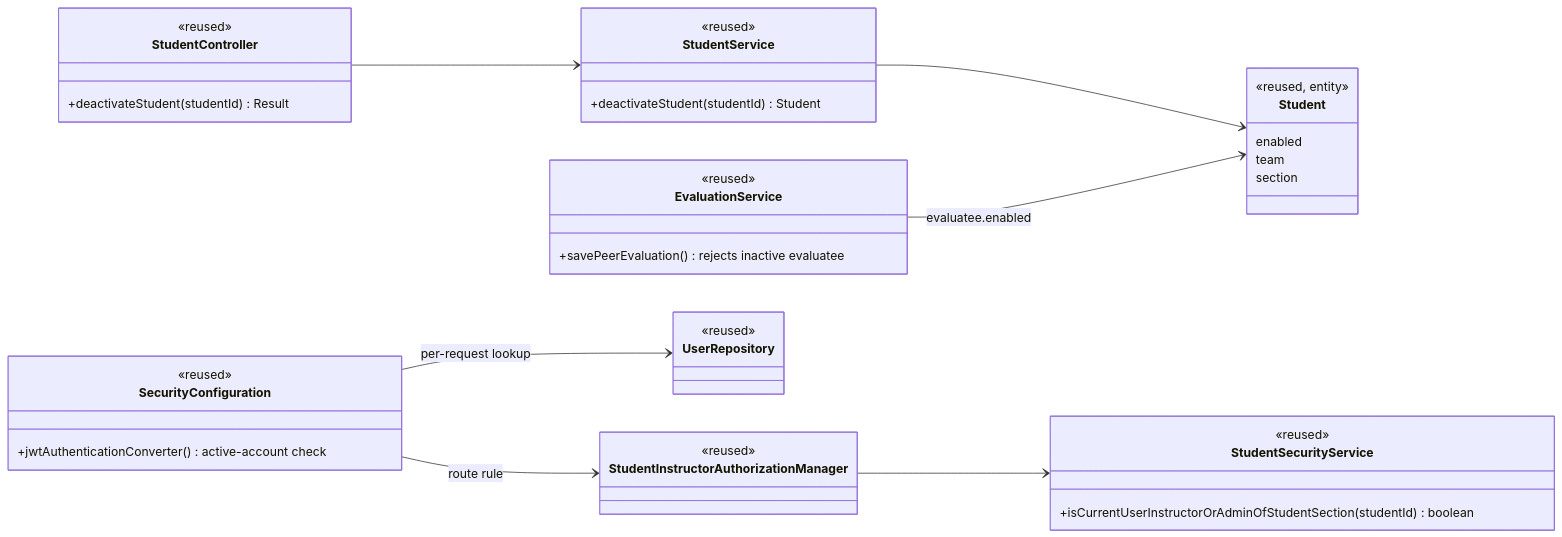
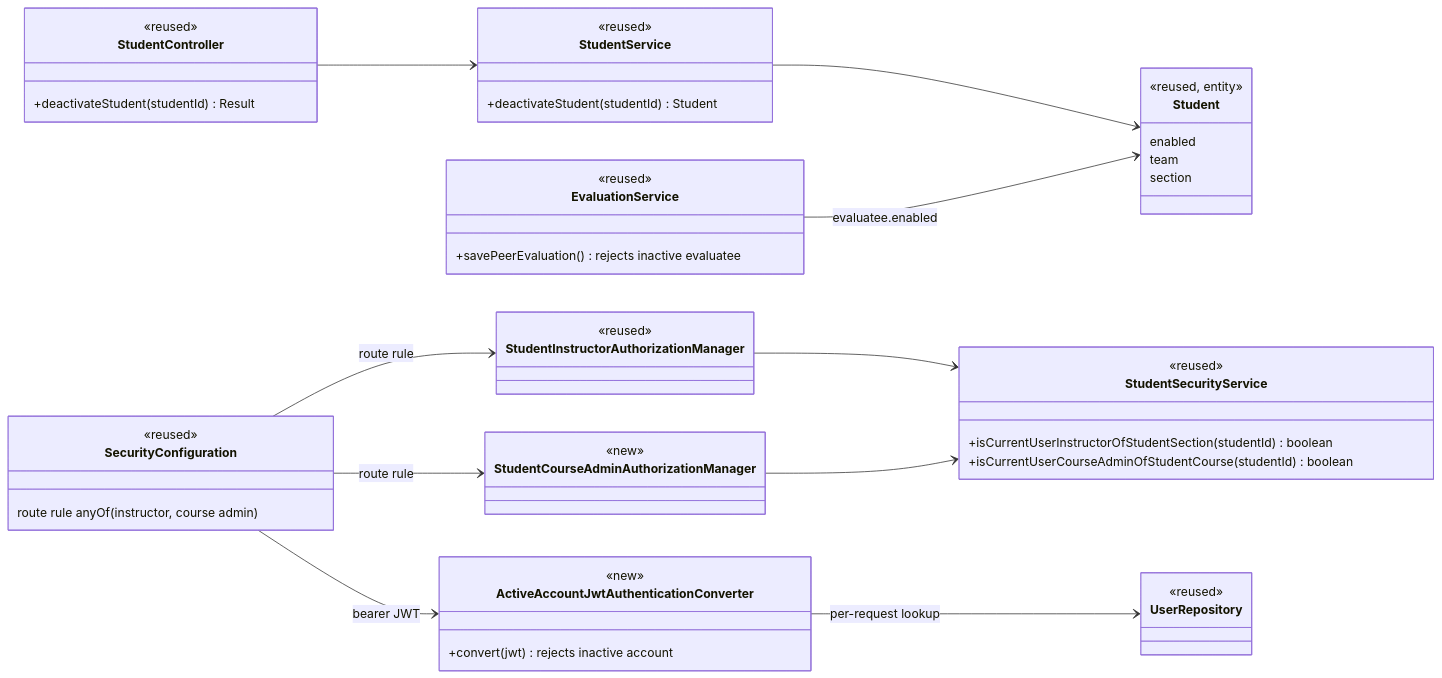
Before and after one commit to syrahomar/add-a-use-case: the first of 3 diagrams in docs/design/stu.md, drawn with Mermaid. The commit also changed other lines of this file and 2 other files, not shown here.

Commit message:
docs(stu): trace UC-STU-deactivate-student as built; design matches the code
traceability: Build Built, Verify Partial (the stubbed Cypress spec for 5a and
the page states is not yet run; the peer evaluation form filter is manual);
FR-SEC-active-account now Verified. stu.md: the class diagram and the who-may
decision name the two new classes (StudentCourseAdminAuthorizationManager,
ActiveAccountJwtAuthenticationConverter). architectural-design: the
authentication section records the per-request active-account check.

Refs UC-STU-deactivate-student

````diff
--- a/docs/design/stu.md
+++ b/docs/design/stu.md
@@ -16,42 +16,53 @@
 ```mermaid
 classDiagram
     direction LR
     class StudentController {
         <<reused>>
         +deactivateStudent(studentId) Result
     }
     class StudentService {
         <<reused>>
         +deactivateStudent(studentId) Student
     }
     class StudentSecurityService {
         <<reused>>
-        +isCurrentUserInstructorOrAdminOfStudentSection(studentId) boolean
+        +isCurrentUserInstructorOfStudentSection(studentId) boolean
+        +isCurrentUserCourseAdminOfStudentCourse(studentId) boolean
     }
     class StudentInstructorAuthorizationManager {
         <<reused>>
     }
+    class StudentCourseAdminAuthorizationManager {
+        <<new>>
+    }
     class SecurityConfiguration {
         <<reused>>
-        +jwtAuthenticationConverter() active-account check
+        route rule anyOf(instructor, course admin)
+    }
+    class ActiveAccountJwtAuthenticationConverter {
+        <<new>>
+        +convert(jwt) rejects inactive account
     }
     class UserRepository {
         <<reused>>
     }
     class EvaluationService {
         <<reused>>
         +savePeerEvaluation() rejects inactive evaluatee
     }
     class Student {
         <<reused, entity>>
         enabled
         team
         section
     }
     StudentController --> StudentService
     StudentService --> Student
     StudentInstructorAuthorizationManager --> StudentSecurityService
+    StudentCourseAdminAuthorizationManager --> StudentSecurityService
     SecurityConfiguration --> StudentInstructorAuthorizationManager : route rule
-    SecurityConfiguration --> UserRepository : per-request lookup
+    SecurityConfiguration --> StudentCourseAdminAuthorizationManager : route rule
+    SecurityConfiguration --> ActiveAccountJwtAuthenticationConverter : bearer JWT
+    ActiveAccountJwtAuthenticationConverter --> UserRepository : per-request lookup
     EvaluationService --> Student : evaluatee.enabled
 ```
````
